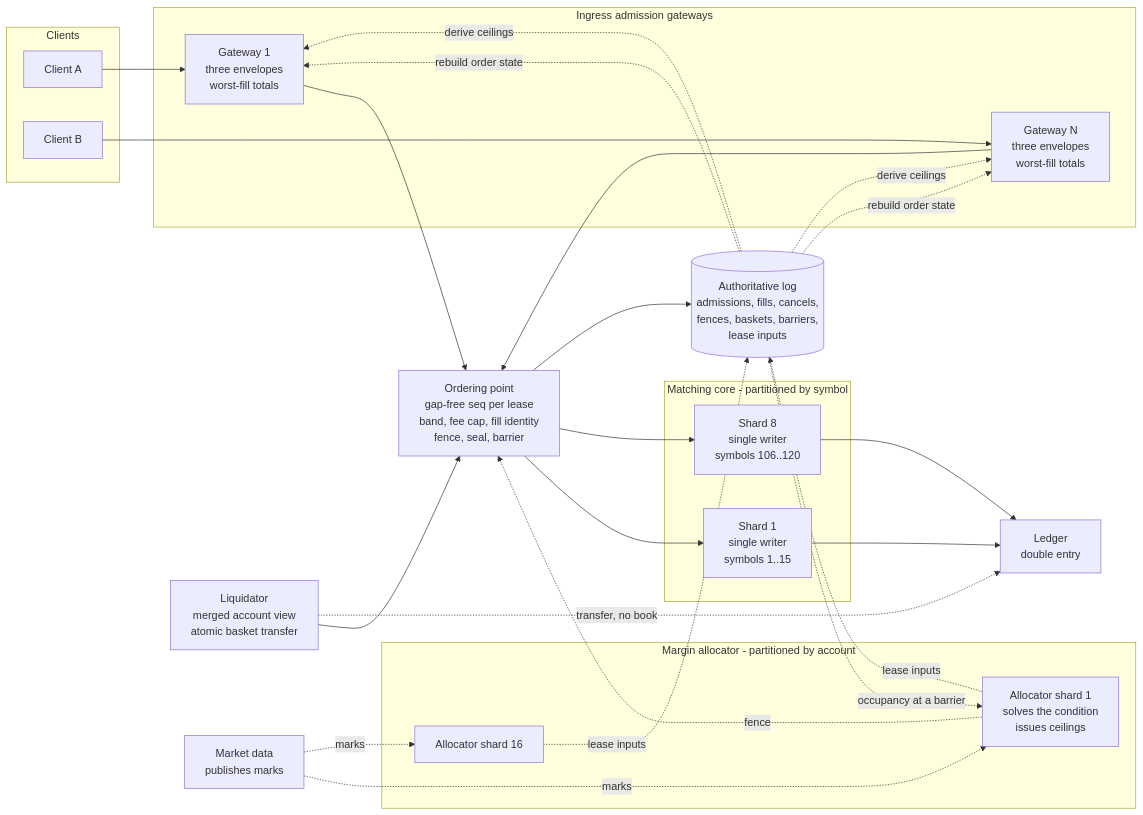
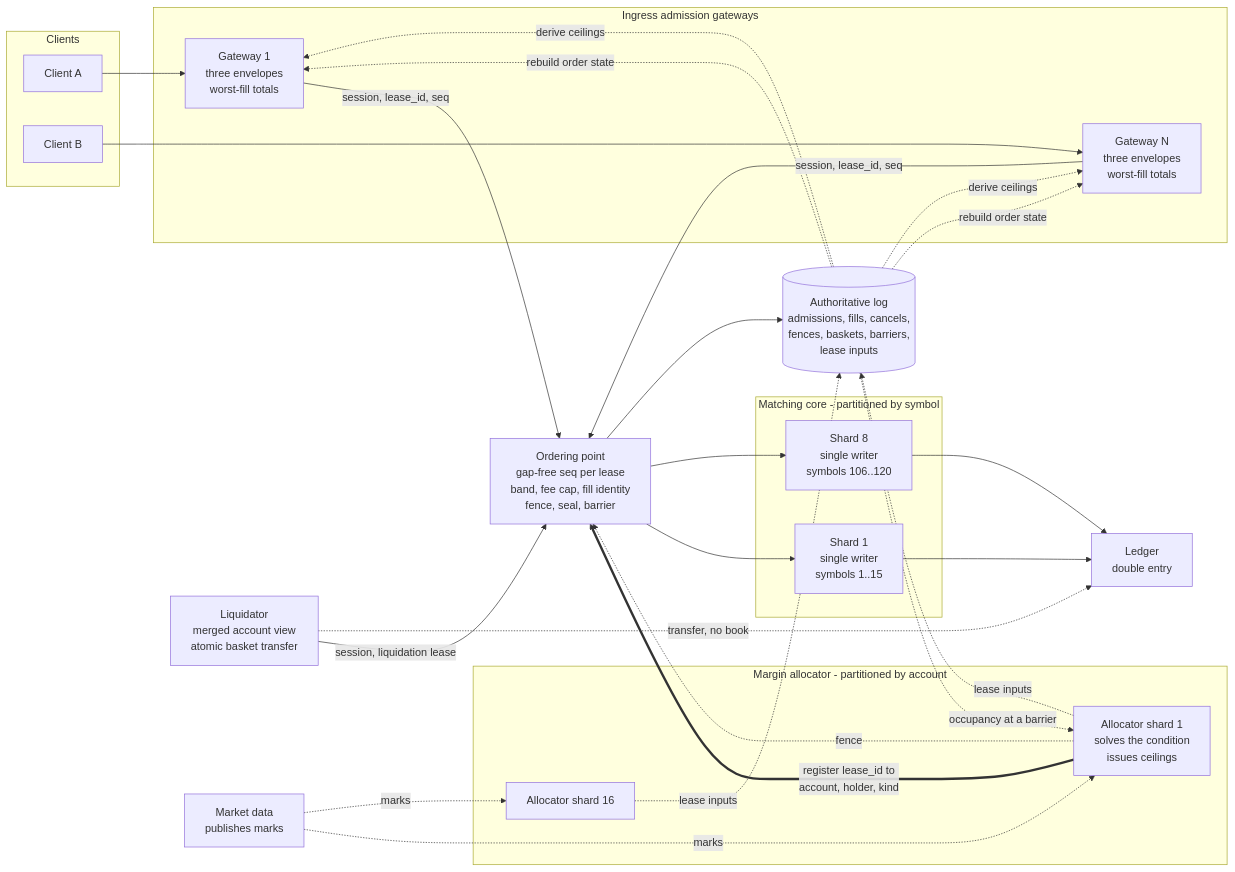
Before and after one commit to liukefan821/marginstream: the first of 4 diagrams in paper/diagrams.md, drawn with Mermaid. The commit also changed other lines of this file and 20 other files, not shown here.

````diff
--- a/paper/diagrams.md
+++ b/paper/diagrams.md
@@ -20,51 +20,52 @@
 ```mermaid
 flowchart LR
   subgraph CL[Clients]
     C1[Client A]
     C2[Client B]
   end
 
   subgraph GW[Ingress admission gateways]
     G1[Gateway 1<br/>three envelopes<br/>worst-fill totals]
     G2[Gateway N<br/>three envelopes<br/>worst-fill totals]
   end
 
   OP[Ordering point<br/>gap-free seq per lease<br/>band, fee cap, fill identity<br/>fence, seal, barrier]
 
   subgraph CORE[Matching core - partitioned by symbol]
     M1[Shard 1<br/>single writer<br/>symbols 1..15]
     M2[Shard 8<br/>single writer<br/>symbols 106..120]
   end
 
   subgraph ALLOC[Margin allocator - partitioned by account]
     A1[Allocator shard 1<br/>solves the condition<br/>issues ceilings]
     A2[Allocator shard 16]
   end
 
   LQ[Liquidator<br/>merged account view<br/>atomic basket transfer]
   MD[Market data<br/>publishes marks]
   LG[(Authoritative log<br/>admissions, fills, cancels,<br/>fences, baskets, barriers,<br/>lease inputs)]
   LD[Ledger<br/>double entry]
 
   C1 --> G1
   C2 --> G2
-  G1 --> OP
-  G2 --> OP
-  LQ --> OP
+  G1 -- "session, lease_id, seq" --> OP
+  G2 -- "session, lease_id, seq" --> OP
+  LQ -- "session, liquidation lease" --> OP
   OP --> M1
   OP --> M2
   OP --> LG
   M1 --> LD
   M2 --> LD
   LQ -. transfer, no book .-> LD
   LG -. rebuild order state .-> G1
   LG -. rebuild order state .-> G2
   LG -. occupancy at a barrier .-> A1
   MD -. marks .-> A1
   MD -. marks .-> A2
   A1 -. lease inputs .-> LG
   A2 -. lease inputs .-> LG
   LG -. derive ceilings .-> G1
   LG -. derive ceilings .-> G2
+  A1 == "register lease_id to<br/>account, holder, kind" ==> OP
   A1 -. fence .-> OP
 ```
````
